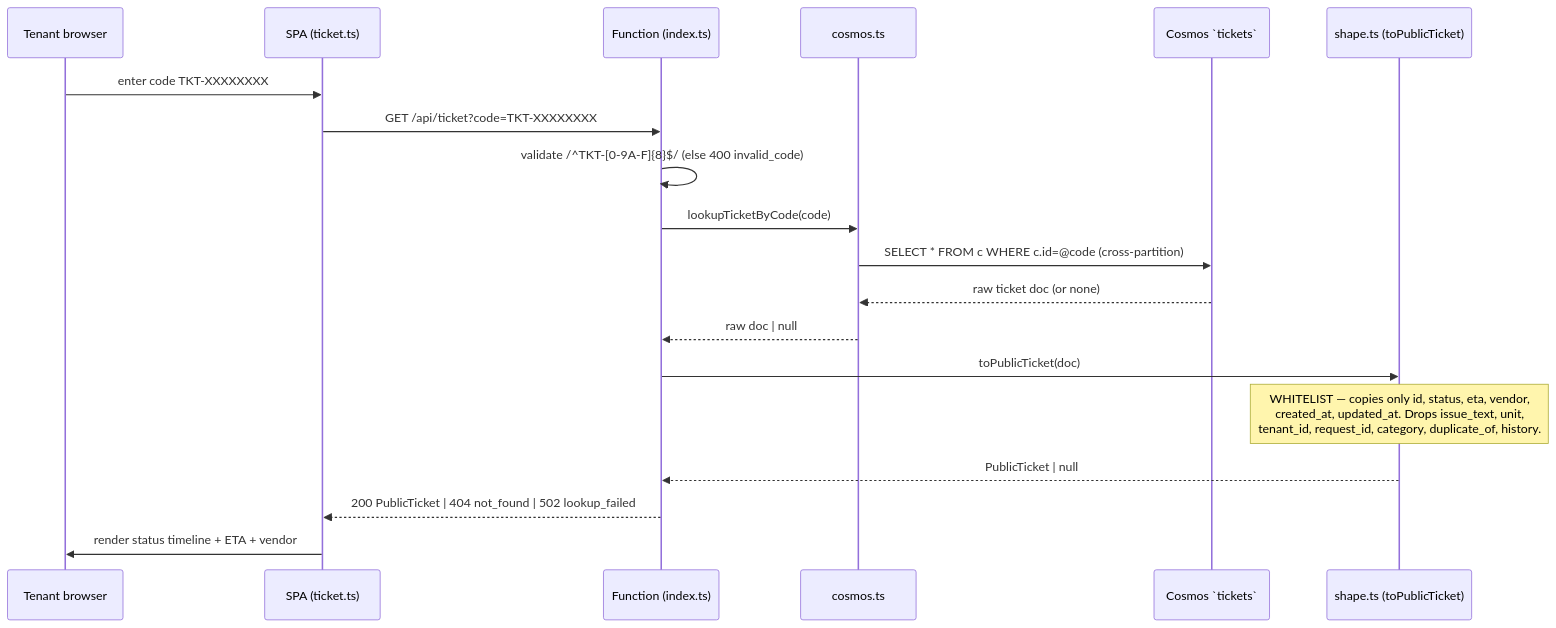
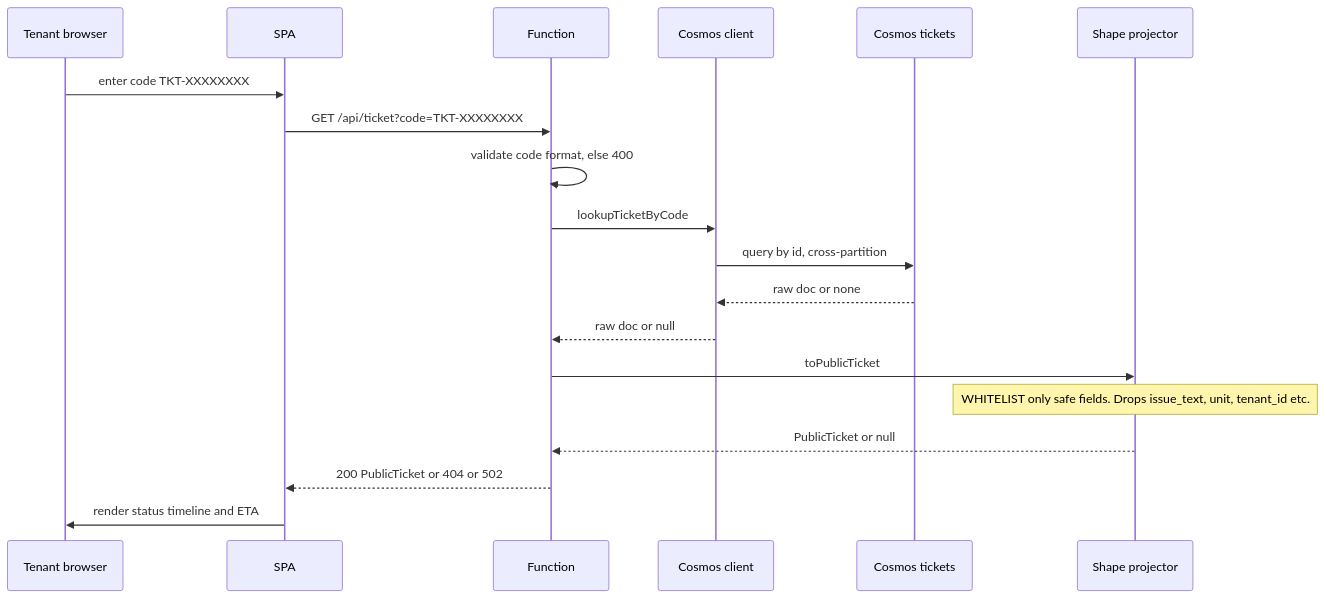
The diagram in docs/PORTAL.md (dharmendra-verma/CondoManager), drawn with Mermaid before and after one commit. The commit also changed 1 other file, not shown here.

Commit message:
docs: fix all Mermaid diagrams for VS Code renderer compatibility
VS Code's Mermaid renderer is stricter than mmdc. Fixed across
ARCHITECTURE.md and PORTAL.md:
- Remove backticks, parentheses, slashes, arrows (->), and <br/> from
  participant labels and message text (all cause silent parse failures)
- Remove double spaces in edge labels (parse error)
- Replace Note over A,B: multi-participant span with single-participant
- Remove regex patterns from message text
- Simplify flowchart to avoid subgraph-as-arrow-target

All 5 diagrams now render in mmdc and VS Code Mermaid preview.

````diff
--- a/docs/PORTAL.md
+++ b/docs/PORTAL.md
@@ -45,22 +45,22 @@
 ```mermaid
 sequenceDiagram
     participant T as Tenant browser
-    participant S as SPA (ticket.ts)
-    participant F as Function (index.ts)
-    participant C as cosmos.ts
-    participant DB as Cosmos `tickets`
-    participant P as shape.ts (toPublicTicket)
+    participant S as SPA
+    participant F as Function
+    participant C as Cosmos client
+    participant DB as Cosmos tickets
+    participant P as Shape projector
 
     T->>S: enter code TKT-XXXXXXXX
     S->>F: GET /api/ticket?code=TKT-XXXXXXXX
-    F->>F: validate /^TKT-[0-9A-F]{8}$/  (else 400 invalid_code)
-    F->>C: lookupTicketByCode(code)
-    C->>DB: SELECT * FROM c WHERE c.id=@code  (cross-partition)
-    DB-->>C: raw ticket doc (or none)
-    C-->>F: raw doc | null
-    F->>P: toPublicTicket(doc)
-    Note over P: WHITELIST — copies only id, status, eta, vendor,<br/>created_at, updated_at. Drops issue_text, unit,<br/>tenant_id, request_id, category, duplicate_of, history.
-    P-->>F: PublicTicket | null
-    F-->>S: 200 PublicTicket | 404 not_found | 502 lookup_failed
-    S->>T: render status timeline + ETA + vendor
+    F->>F: validate code format, else 400
+    F->>C: lookupTicketByCode
+    C->>DB: query by id, cross-partition
+    DB-->>C: raw doc or none
+    C-->>F: raw doc or null
+    F->>P: toPublicTicket
+    Note over P: WHITELIST only safe fields. Drops issue_text, unit, tenant_id etc.
+    P-->>F: PublicTicket or null
+    F-->>S: 200 PublicTicket or 404 or 502
+    S->>T: render status timeline and ETA
 ```
````
